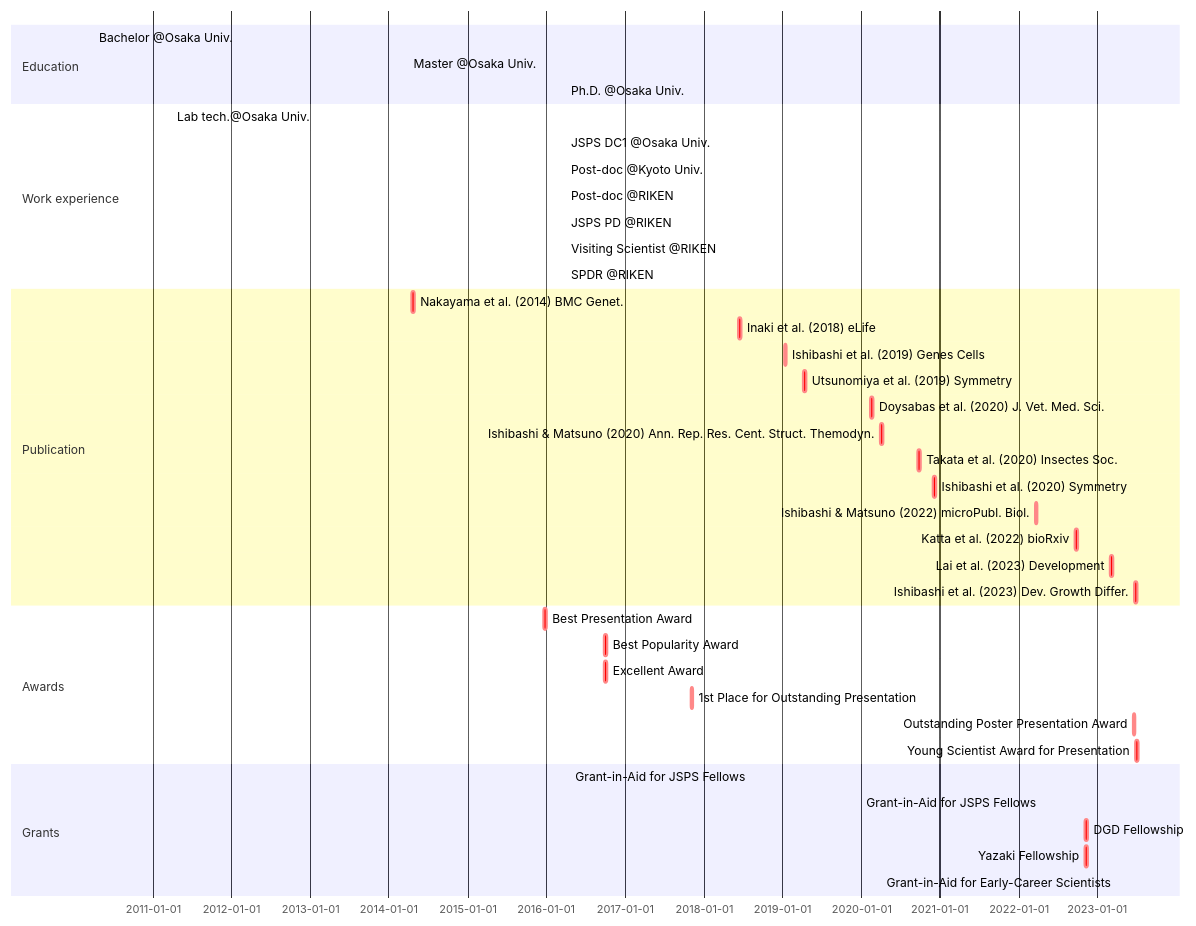
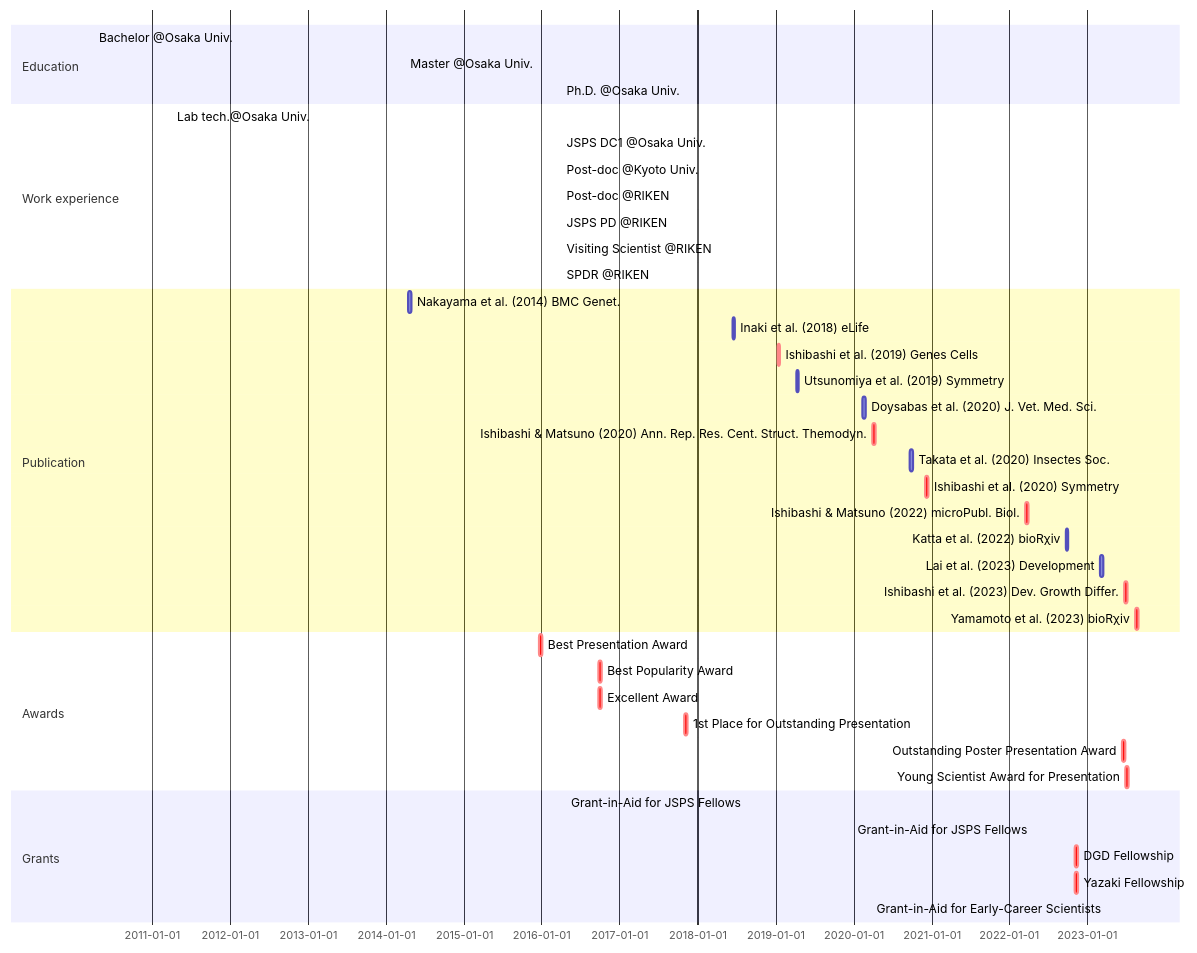
The diagram in _includes/mermaid-cv.md (ishibaki/ishibaki.github.io), drawn with Mermaid before and after one commit.

````diff
--- a/_includes/mermaid-cv.md
+++ b/_includes/mermaid-cv.md
@@ -1,41 +1,42 @@
 ```mermaid
 gantt
 section Education
   Bachelor @Osaka Univ. : BS, 2010-04-01, 2014-03-25
   Master @Osaka Univ.   : MS, 2014-04-01, 2016-03-28
   Ph.D. @Osaka Univ.    : Ph.D., 2016-04-01, 2019-03-25
 section Work experience
   Lab tech.@Osaka Univ.     : done, OU-tech, 2011-04-01, 2012-03-31
   JSPS DC1 @Osaka Univ.     : done, DC1, 2016-04-01, 2019-03-31
   Post-doc @Kyoto Univ.     : done, KU-postdoc, after DC1, 2021-04-30
   Post-doc @RIKEN           : done, RIKEN-postdoc, after KU-postdoc, 2022-03-31
   JSPS PD @RIKEN            : done, PD, after RIKEN-postdoc, 2023-03-31
   Visiting Scientist @RIKEN : done, Visit-Sci, after RIKEN-postdoc, 2023-03-31
   SPDR @RIKEN               : active, SPDR, after PD, 2026-03-31
 section Publication
-  Nakayama et al. (2014) BMC Genet.           : crit, nakayama2014, 2014-04-16, 2w
-  Inaki et al. (2018) eLife                   : crit, inaki2018, 2018-06-12, 2w
+  Nakayama et al. (2014) BMC Genet.           :       nakayama2014, 2014-04-16, 2w
+  Inaki et al. (2018) eLife                   :       inaki2018, 2018-06-12, 2w
   Ishibashi et al. (2019) Genes Cells         : crit, ishibashi2019, 2019-01-09, 2w
-  Utsunomiya et al. (2019) Symmetry           : crit, utsunomiya2019, 2019-04-08, 2w
-  Doysabas et al. (2020) J. Vet. Med. Sci.    : crit, doysabas2020, 2020-02-12, 2w
+  Utsunomiya et al. (2019) Symmetry           :       utsunomiya2019, 2019-04-08, 2w
+  Doysabas et al. (2020) J. Vet. Med. Sci.    :       doysabas2020, 2020-02-12, 2w
   Ishibashi & Matsuno (2020) Ann. Rep. Res. Cent. Struct. Themodyn. : crit, ishibashi2020a, 2020-04-01, 2w
-  Takata et al. (2020) Insectes Soc.          : crit, takata2020, 2020-09-22, 2w
+  Takata et al. (2020) Insectes Soc.          :       takata2020, 2020-09-22, 2w
   Ishibashi et al. (2020) Symmetry            : crit, ishibashi2020b, 2020-12-02, 2w
   Ishibashi & Matsuno (2022) microPubl. Biol. : crit, ishibashi2022, 2022-03-18, 2w
-  Katta et al. (2022) bioRxiv                 : crit, katta2022, 2022-09-22, 2w
-  Lai et al. (2023) Development               : crit, lai2023, 2023-03-02, 2w
-  Ishibashi et al. (2023) Dev. Growth Differ. : crit, ishibashi2023, 2023-06-25, 2w 
+  Katta et al. (2022) bioRχiv                 :       katta2022, 2022-09-22, 2w
+  Lai et al. (2023) Development               :       lai2023, 2023-03-02, 2w
+  Ishibashi et al. (2023) Dev. Growth Differ. : crit, ishibashi2023, 2023-06-25, 2w
+  Yamamoto et al. (2023) bioRχiv              : crit, Yamamoto2023, 2023-08-16, 2w 
 section Awards
   Best Presentation Award                  : crit, aw_1, 2015-12-20, 2w
   Best Popularity Award                    : crit, aw_2, 2016-09-25, 2w
   Excellent Award                          : crit, aw_3, 2016-09-25, 2w
   1st Place for Outstanding Presentation   : crit, aw_4, 2017-11-01, 2w
   Outstanding Poster Presentation Award    : crit, aw_5, 2023-06-15, 2w
   Young Scientist Award for Presentation   : crit, aw_6, 2023-06-29, 2w
 section Grants
   Grant-in-Aid for JSPS Fellows : done, grant_DC1, 2016-04-22, 2019-03-31
   Grant-in-Aid for JSPS Fellows : active, grant_PD, 2022-04-22, 2025-03-31
   DGD Fellowship:                 crit, dgd_fellowship, 2022-11-04, 2w
   Yazaki Fellowship:              crit, yazaki_fellowship, 2022-11-04, 2w
   Grant-in-Aid for Early-Career Scientists : active, grant_ecs2023, 2023-04-01, 2026-03-31
 ```
````
